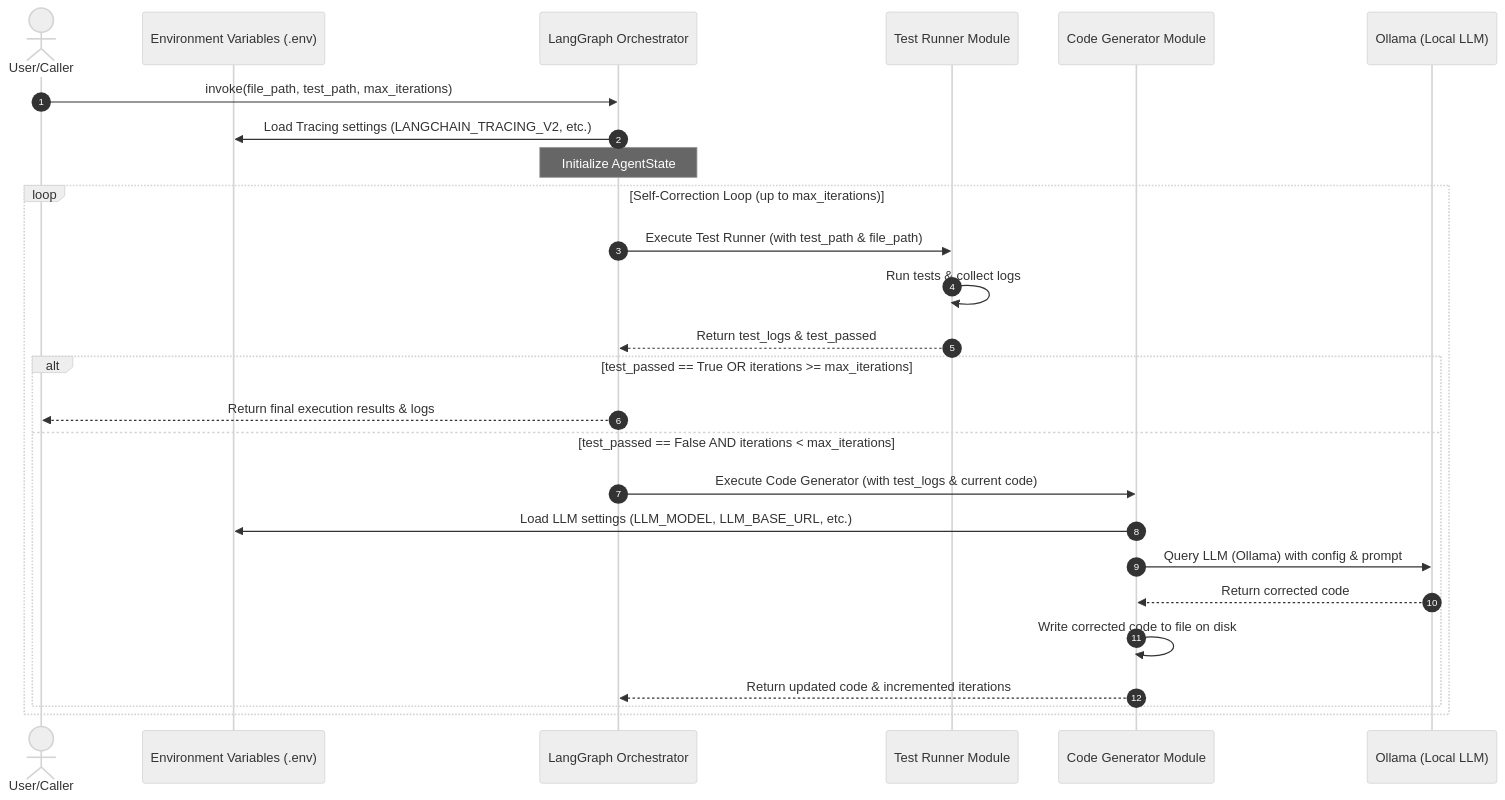
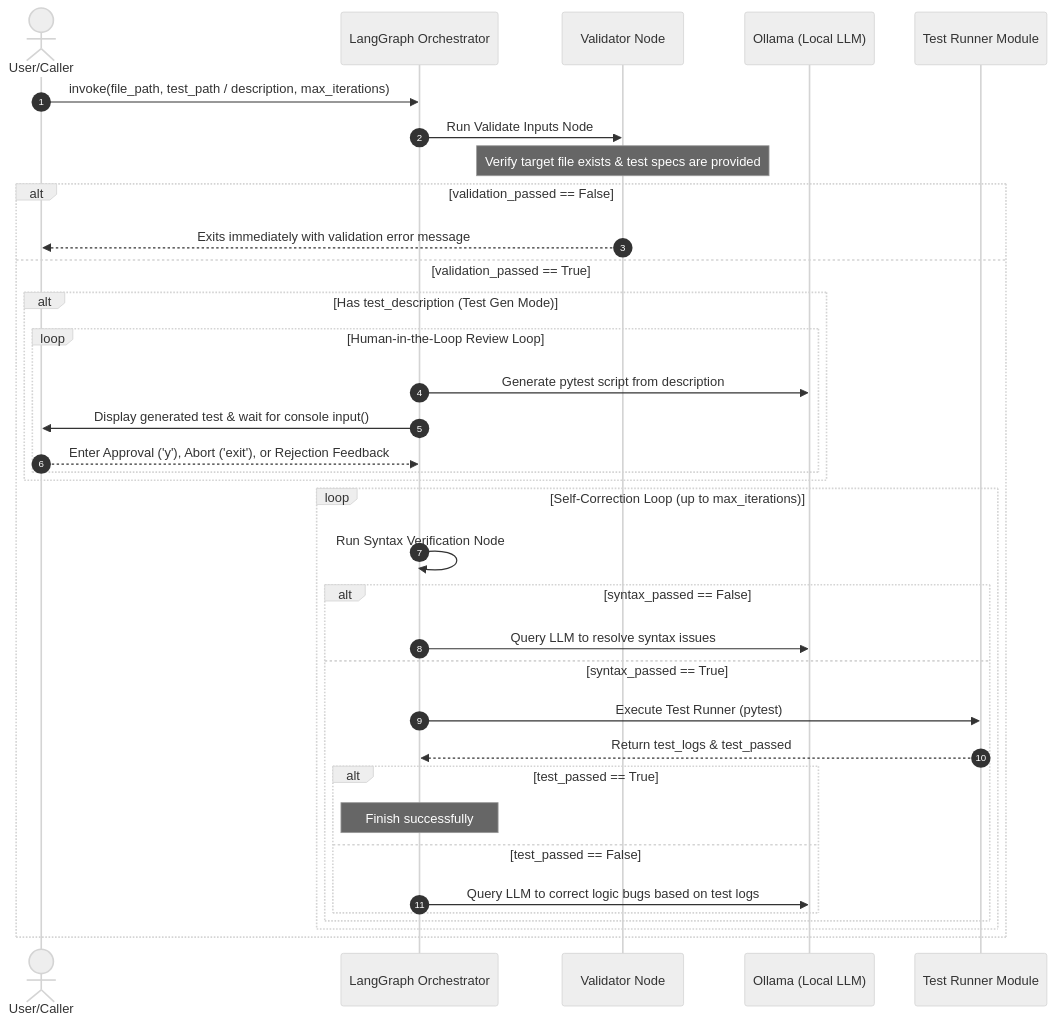
One commit to boycececil666gmailcom/test-led-python-coder-agent changed the second of 3 diagrams in README.md. Above: the diagram before and after it, drawn with Mermaid (neutral theme). The commit also changed other lines of this file and 19 other files, not shown here.

````diff
--- a/README.md
+++ b/README.md
@@ -34,31 +81,40 @@
 ```mermaid
 sequenceDiagram
     autonumber
     actor User as User/Caller
-    participant Env as Environment Variables (.env)
     participant Engine as LangGraph Orchestrator
+    participant Validator as Validator Node
+    participant LLM as Ollama (Local LLM)
     participant Runner as Test Runner Module
-    participant Generator as Code Generator Module
-    participant LLM as Ollama (Local LLM)
 
-    User->>Engine: invoke(file_path, test_path, max_iterations)
-    Engine->>Env: Load Tracing settings (LANGCHAIN_TRACING_V2, etc.)
-    Note over Engine: Initialize AgentState
+    User->>Engine: invoke(file_path, test_path / description, max_iterations)
+    Engine->>Validator: Run Validate Inputs Node
+    Note over Validator: Verify target file exists & test specs are provided
 
-    loop Self-Correction Loop (up to max_iterations)
-        Engine->>Runner: Execute Test Runner (with test_path & file_path)
-        Runner->>Runner: Run tests & collect logs
-        Runner-->>Engine: Return test_logs & test_passed
+    alt validation_passed == False
+        Validator-->>User: Exits immediately with validation error message
+    else validation_passed == True
+        alt Has test_description (Test Gen Mode)
+            loop Human-in-the-Loop Review Loop
+                Engine->>LLM: Generate pytest script from description
+                Engine->>User: Display generated test & wait for console input()
+                User-->>Engine: Enter Approval ('y'), Abort ('exit'), or Rejection Feedback
+            end
+        end
 
-        alt test_passed == True OR iterations >= max_iterations
-            Engine-->>User: Return final execution results & logs
-        else test_passed == False AND iterations < max_iterations
-            Engine->>Generator: Execute Code Generator (with test_logs & current code)
-            Generator->>Env: Load LLM settings (LLM_MODEL, LLM_BASE_URL, etc.)
-            Generator->>LLM: Query LLM (Ollama) with config & prompt
-            LLM-->>Generator: Return corrected code
-            Generator->>Generator: Write corrected code to file on disk
-            Generator-->>Engine: Return updated code & incremented iterations
+        loop Self-Correction Loop (up to max_iterations)
+            Engine->>Engine: Run Syntax Verification Node
+            alt syntax_passed == False
+                Engine->>LLM: Query LLM to resolve syntax issues
+            else syntax_passed == True
+                Engine->>Runner: Execute Test Runner (pytest)
+                Runner-->>Engine: Return test_logs & test_passed
+                alt test_passed == True
+                    Note over Engine: Finish successfully
+                else test_passed == False
+                    Engine->>LLM: Query LLM to correct logic bugs based on test logs
+                end
+            end
         end
     end
 ```
````
